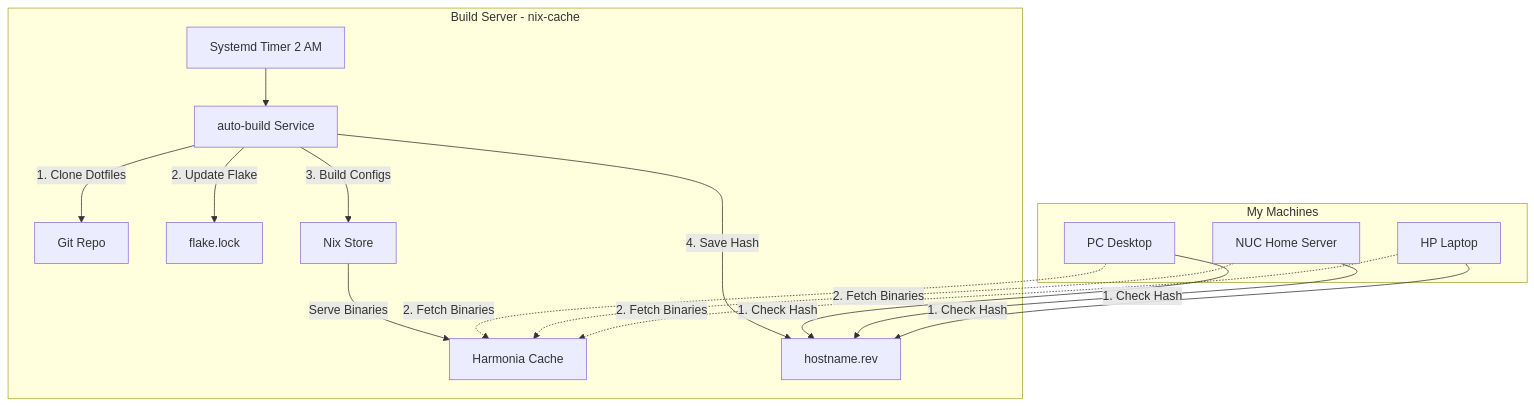
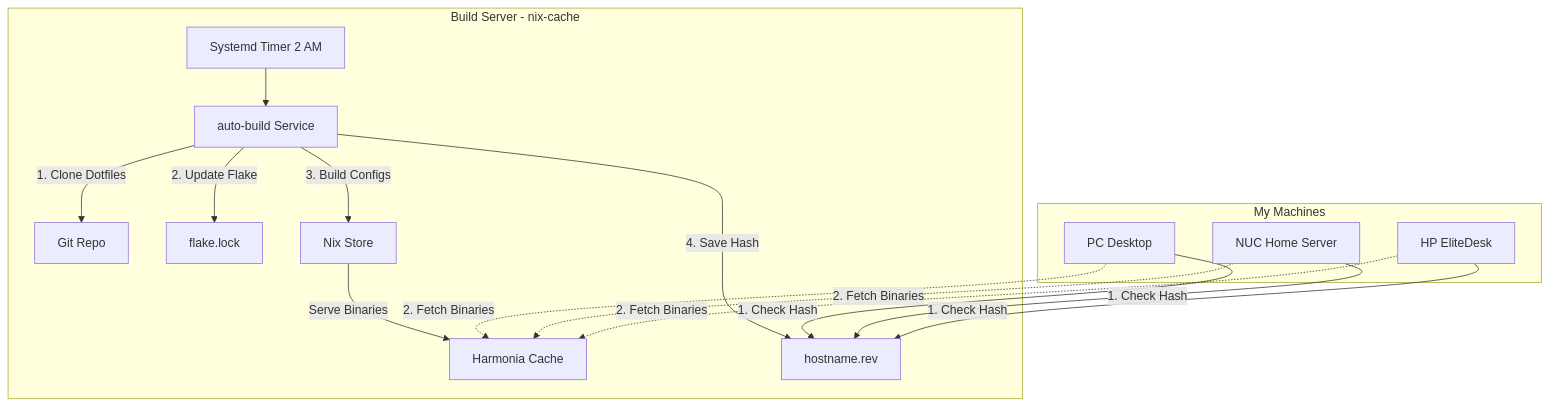
Before and after one commit to basnijholt/nijho.lt: the diagram in content/post/nixos-cache/index.md, drawn with Mermaid.

Commit message:
fix(docs): correct HP machine description in diagram

````diff
--- a/content/post/nixos-cache/index.md
+++ b/content/post/nixos-cache/index.md
@@ -49,25 +49,25 @@
 ```mermaid
 graph TD
     subgraph Server [Build Server - nix-cache]
         Timer[Systemd Timer 2 AM] --> AutoBuild[auto-build Service]
         AutoBuild -->|1. Clone Dotfiles| Git[Git Repo]
         AutoBuild -->|2. Update Flake| FlakeLock[flake.lock]
         AutoBuild -->|3. Build Configs| Store[Nix Store]
         Store -->|Serve Binaries| Harmonia[Harmonia Cache]
         AutoBuild -->|4. Save Hash| RevFile[hostname.rev]
     end
 
     subgraph Fleet [My Machines]
         PC[PC Desktop]
         NUC[NUC Home Server]
-        HP[HP Laptop]
+        HP[HP EliteDesk]
     end
 
     PC -->|1. Check Hash| RevFile
     NUC -->|1. Check Hash| RevFile
     HP -->|1. Check Hash| RevFile
 
     PC -.->|2. Fetch Binaries| Harmonia
     NUC -.->|2. Fetch Binaries| Harmonia
     HP -.->|2. Fetch Binaries| Harmonia
 ```
````
